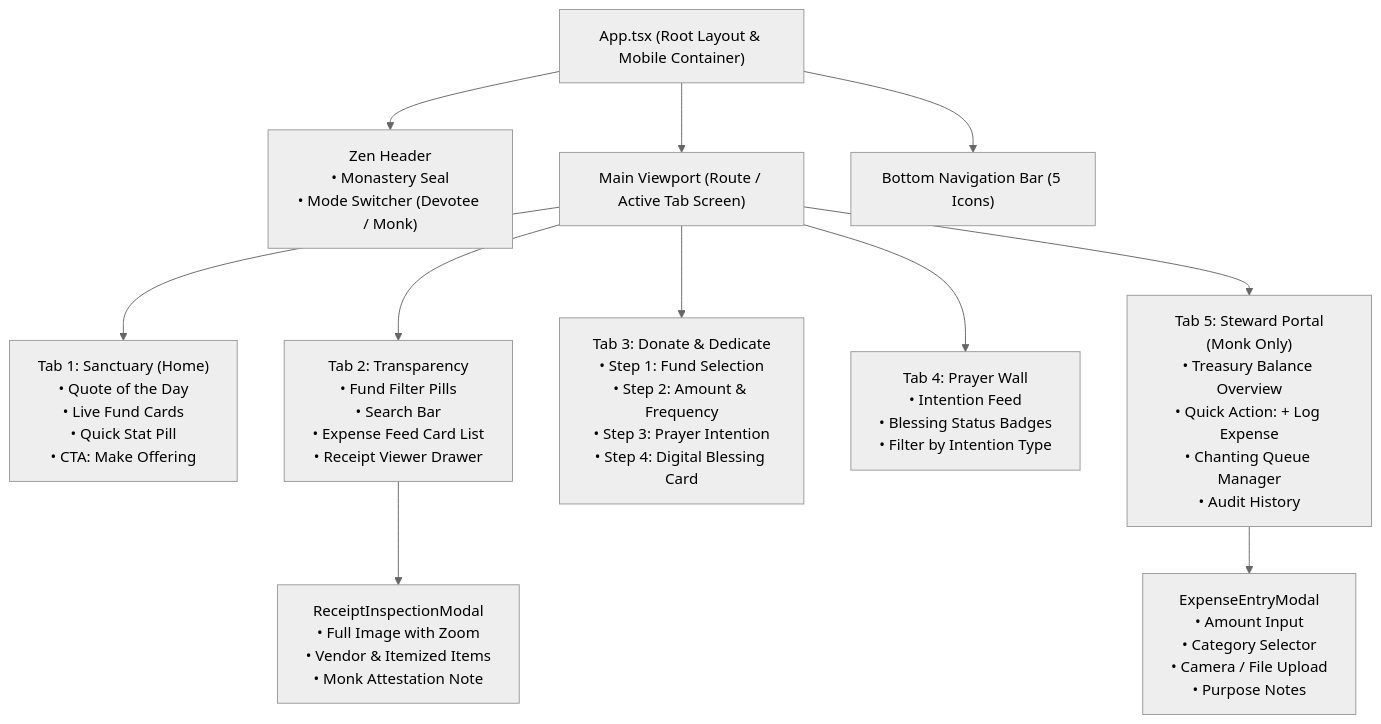
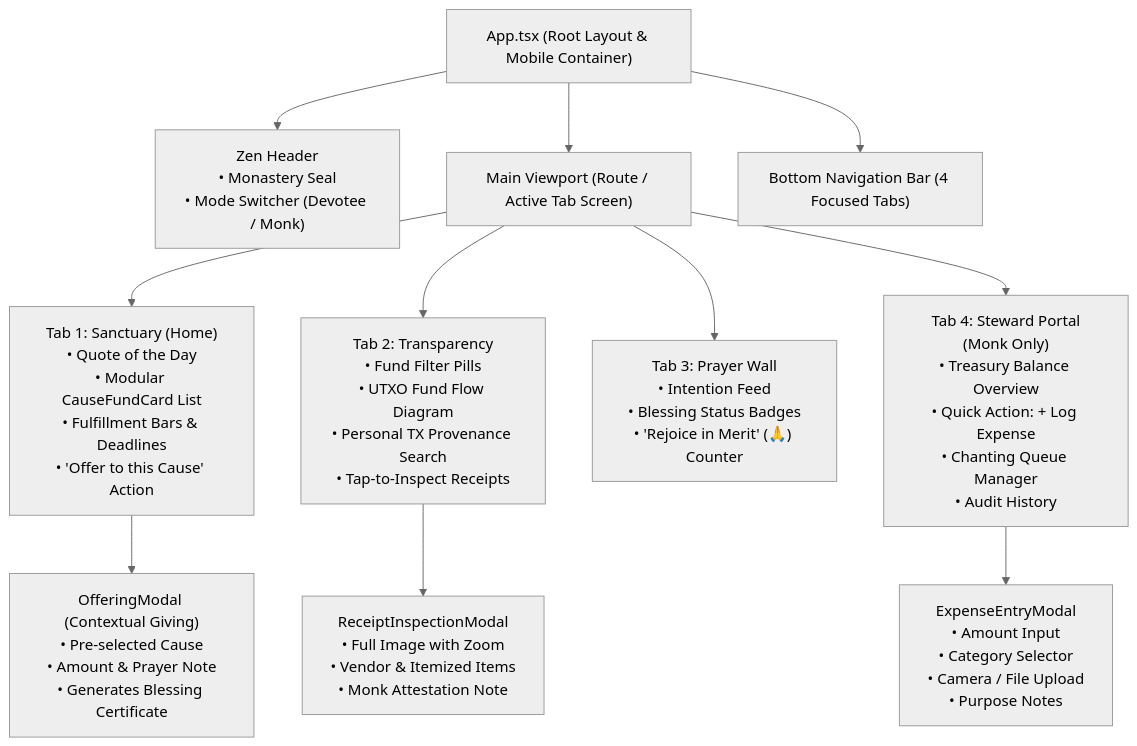
Before and after one commit to nghuyenthevinh2000/charity-app: the fourth of 5 diagrams in ARCHITECTURE.md, drawn with Mermaid (neutral theme). The commit also changed other lines of this file and 1 other file, not shown here.

Commit message:
docs: streamline navigation to 4 tabs, removing redundant donation tab and using contextual offering modal

````diff
--- a/ARCHITECTURE.md
+++ b/ARCHITECTURE.md
@@ -139,20 +140,20 @@
 ```mermaid
 graph TD
     AppRoot["App.tsx (Root Layout & Mobile Container)"]
 
     %% Shell
     AppRoot --> Header["Zen Header\n• Monastery Seal\n• Mode Switcher (Devotee / Monk)"]
     AppRoot --> Viewport["Main Viewport (Route / Active Tab Screen)"]
-    AppRoot --> BottomNav["Bottom Navigation Bar (5 Icons)"]
+    AppRoot --> BottomNav["Bottom Navigation Bar (4 Focused Tabs)"]
 
     %% Views
-    Viewport --> TabHome["Tab 1: Sanctuary (Home)\n• Quote of the Day\n• Live Fund Cards\n• Quick Stat Pill\n• CTA: Make Offering"]
-    Viewport --> TabTrans["Tab 2: Transparency\n• Fund Filter Pills\n• Search Bar\n• Expense Feed Card List\n• Receipt Viewer Drawer"]
-    Viewport --> TabDonate["Tab 3: Donate & Dedicate\n• Step 1: Fund Selection\n• Step 2: Amount & Frequency\n• Step 3: Prayer Intention\n• Step 4: Digital Blessing Card"]
-    Viewport --> TabPrayer["Tab 4: Prayer Wall\n• Intention Feed\n• Blessing Status Badges\n• Filter by Intention Type"]
-    Viewport --> TabSteward["Tab 5: Steward Portal\n(Monk Only)\n• Treasury Balance Overview\n• Quick Action: + Log Expense\n• Chanting Queue Manager\n• Audit History"]
+    Viewport --> TabHome["Tab 1: Sanctuary (Home)\n• Quote of the Day\n• Modular CauseFundCard List\n• Fulfillment Bars & Deadlines\n• 'Offer to this Cause' Action"]
+    Viewport --> TabTrans["Tab 2: Transparency\n• Fund Filter Pills\n• UTXO Fund Flow Diagram\n• Personal TX Provenance Search\n• Tap-to-Inspect Receipts"]
+    Viewport --> TabPrayer["Tab 3: Prayer Wall\n• Intention Feed\n• Blessing Status Badges\n• 'Rejoice in Merit' (🙏) Counter"]
+    Viewport --> TabSteward["Tab 4: Steward Portal\n(Monk Only)\n• Treasury Balance Overview\n• Quick Action: + Log Expense\n• Chanting Queue Manager\n• Audit History"]
 
-    %% Sub-components
+    %% Sub-components & Modals
+    TabHome --> OfferingModal["OfferingModal (Contextual Giving)\n• Pre-selected Cause\n• Amount & Prayer Note\n• Generates Blessing Certificate"]
     TabTrans --> ReceiptModal["ReceiptInspectionModal\n• Full Image with Zoom\n• Vendor & Itemized Items\n• Monk Attestation Note"]
     TabSteward --> ExpenseFormModal["ExpenseEntryModal\n• Amount Input\n• Category Selector\n• Camera / File Upload\n• Purpose Notes"]
 ```
````
